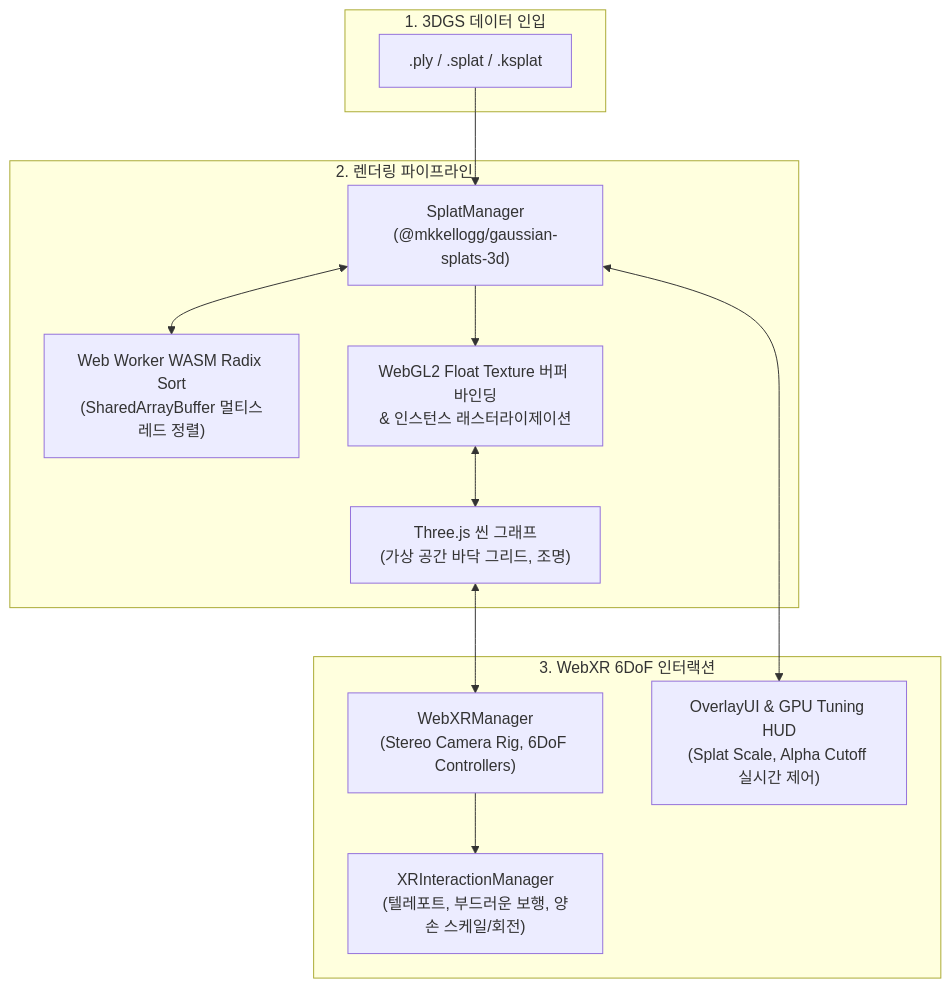
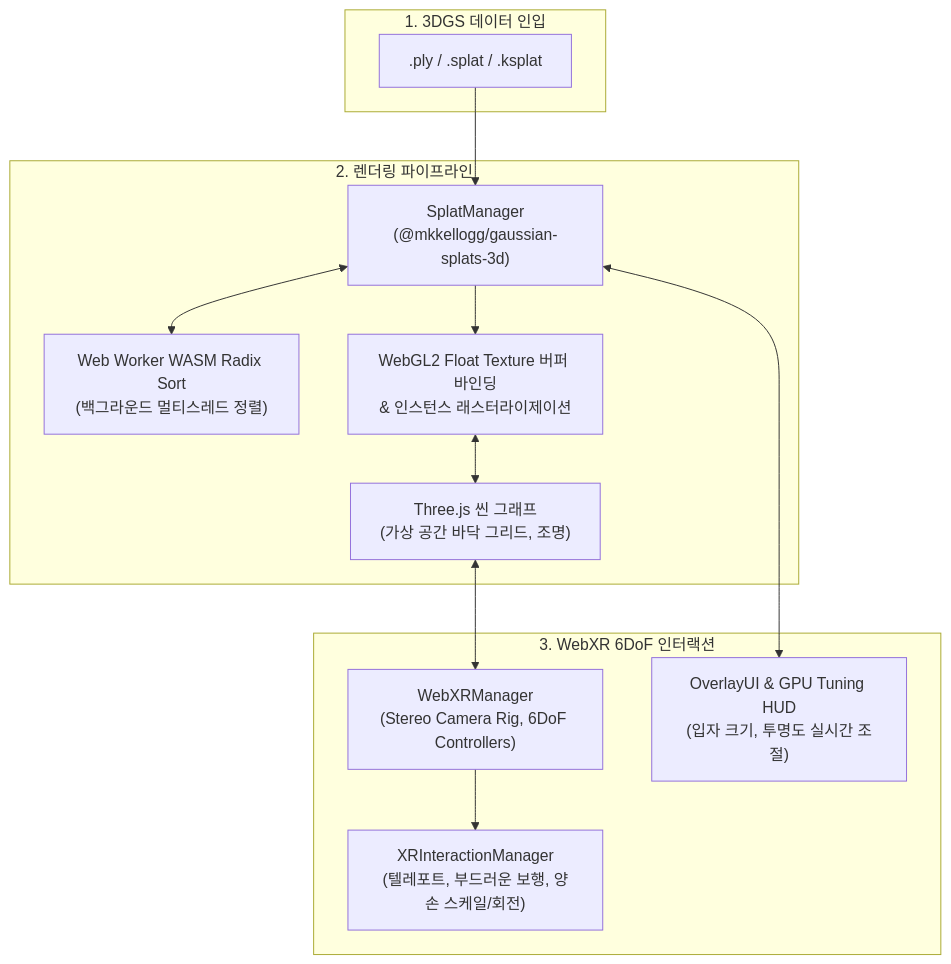
One commit to kimhohyeon0324/WebXR-3DGS-Viewer changed the diagram in README.md. Above: the diagram before and after it, drawn with Mermaid. The commit also changed other lines of this file, not shown here.

````diff
--- a/README.md
+++ b/README.md
@@ -45,27 +45,27 @@
 ```mermaid
 flowchart TB
     subgraph Data["1. 3DGS 데이터 인입"]
         PLY[".ply / .splat / .ksplat"]
     end
 
     subgraph Core["2. 렌더링 파이프라인"]
         SM["SplatManager\n(@mkkellogg/gaussian-splats-3d)"]
-        WASM["Web Worker WASM Radix Sort\n(SharedArrayBuffer 멀티스레드 정렬)"]
+        WASM["Web Worker WASM Radix Sort\n(백그라운드 멀티스레드 정렬)"]
         GPU["WebGL2 Float Texture 버퍼 바인딩\n& 인스턴스 래스터라이제이션"]
         TScene["Three.js 씬 그래프\n(가상 공간 바닥 그리드, 조명)"]
     end
 
     subgraph Interaction["3. WebXR 6DoF 인터랙션"]
         WXR["WebXRManager\n(Stereo Camera Rig, 6DoF Controllers)"]
         XRIM["XRInteractionManager\n(텔레포트, 부드러운 보행, 양손 스케일/회전)"]
-        UI["OverlayUI & GPU Tuning HUD\n(Splat Scale, Alpha Cutoff 실시간 제어)"]
+        UI["OverlayUI & GPU Tuning HUD\n(입자 크기, 투명도 실시간 조절)"]
     end
 
     PLY --> SM
     SM <--> WASM
     SM --> GPU
     GPU <--> TScene
     TScene <--> WXR
     WXR --> XRIM
     SM <--> UI
 ```
````
